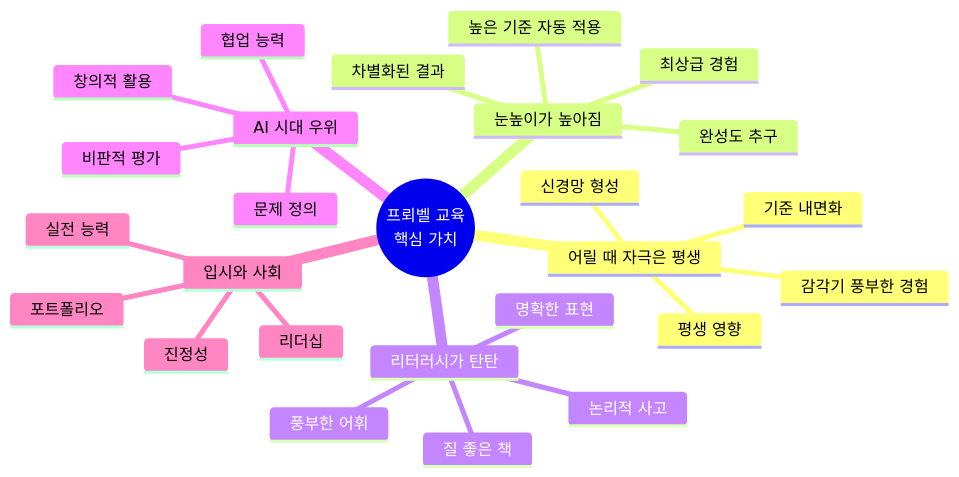
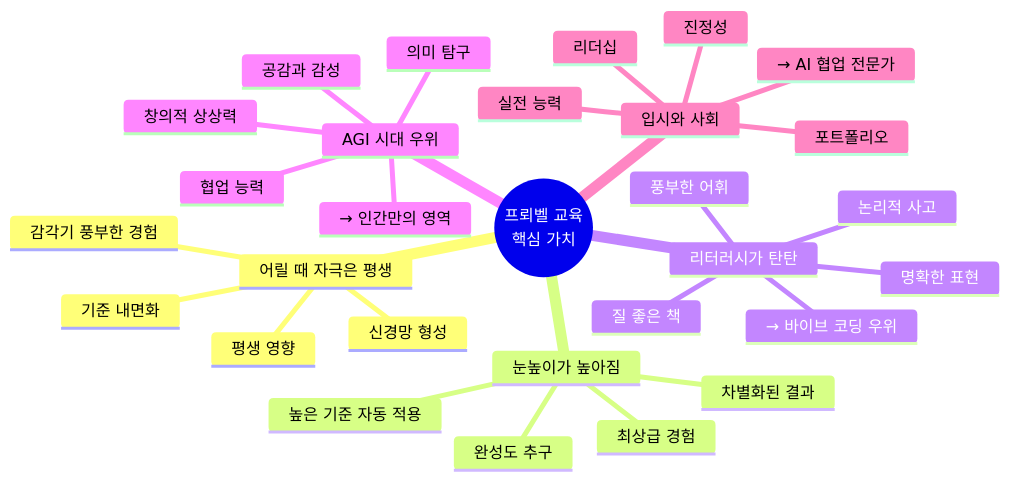
Diagram 32 of 34 in 3단계-나이별_프뢰벨교육과_AI시대_종합가이드.md (Collegenie-X/froebel), drawn with Mermaid before and after one commit. The commit also changed other lines of this file and 2 other files, not shown here.

````diff
--- a/3단계-나이별_프뢰벨교육과_AI시대_종합가이드.md
+++ b/3단계-나이별_프뢰벨교육과_AI시대_종합가이드.md
@@ -751,29 +1347,32 @@
 ```mermaid
 mindmap
   root((프뢰벨 교육<br/>핵심 가치))
     어릴 때 자극은 평생
       감각기 풍부한 경험
       신경망 형성
       기준 내면화
       평생 영향
     눈높이가 높아짐
       최상급 경험
       높은 기준 자동 적용
       완성도 추구
       차별화된 결과
     리터러시가 탄탄
       질 좋은 책
       풍부한 어휘
       논리적 사고
       명확한 표현
-    AI 시대 우위
-      문제 정의
-      창의적 활용
-      비판적 평가
+      → 바이브 코딩 우위
+    AGI 시대 우위
+      창의적 상상력
+      공감과 감성
+      의미 탐구
       협업 능력
+      → 인간만의 영역
     입시와 사회
       포트폴리오
       진정성
       실전 능력
       리더십
+      → AI 협업 전문가
 ```
````
